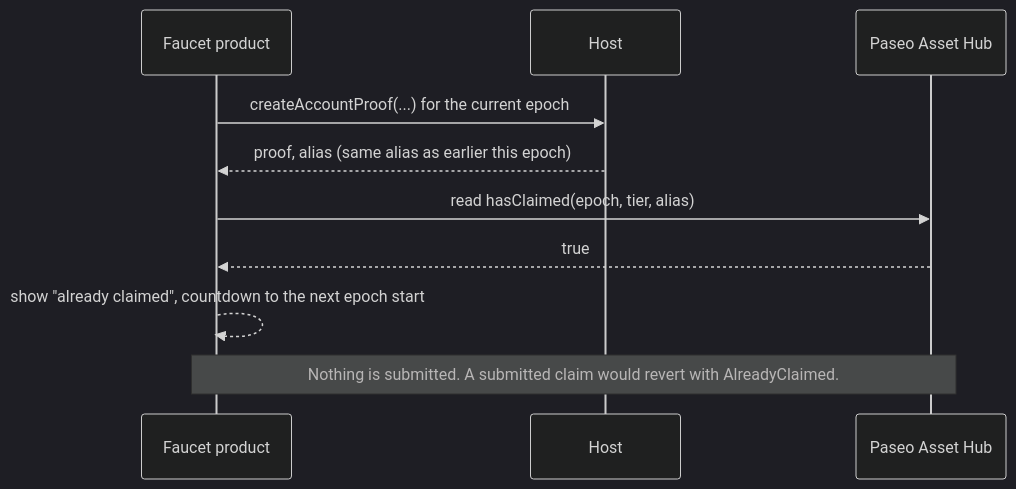
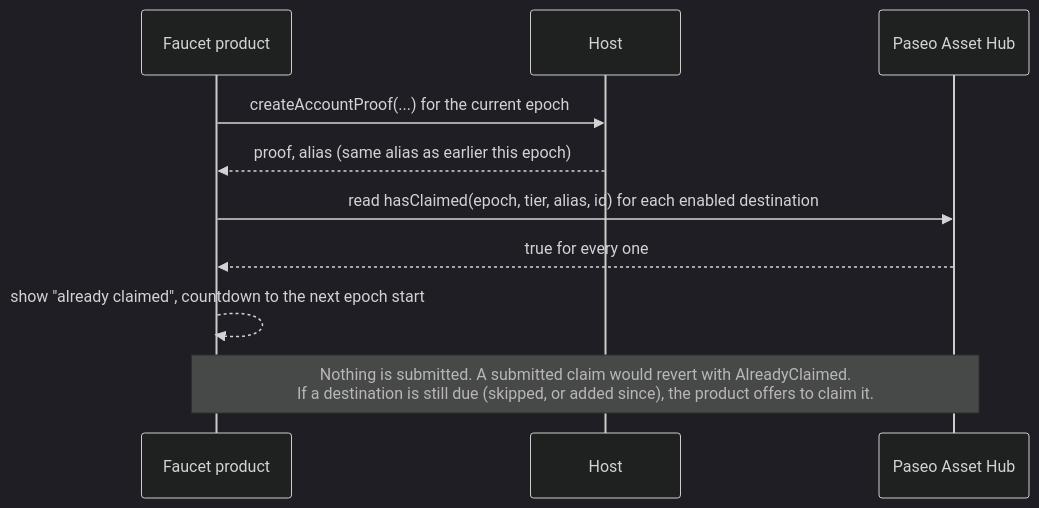
The third of 7 diagrams in docs/SPEC.md (paseo-network/paseo-faucet), drawn with Mermaid (dark theme) before and after one commit. The commit also changed other lines of this file and 2 other files, not shown here.

First line of the commit message:
docs: document the claim across destinations

````diff
--- a/docs/SPEC.md
+++ b/docs/SPEC.md
@@ -430,12 +433,12 @@
 ```mermaid
 sequenceDiagram
   participant P as Faucet product
   participant H as Host
   participant AH as Paseo Asset Hub
   P->>H: createAccountProof(...) for the current epoch
   H-->>P: proof, alias (same alias as earlier this epoch)
-  P->>AH: read hasClaimed(epoch, tier, alias)
-  AH-->>P: true
+  P->>AH: read hasClaimed(epoch, tier, alias, id) for each enabled destination
+  AH-->>P: true for every one
   P-->>P: show "already claimed", countdown to the next epoch start
-  Note over P,AH: Nothing is submitted. A submitted claim would revert with AlreadyClaimed.
+  Note over P,AH: Nothing is submitted. A submitted claim would revert with AlreadyClaimed.<br/>If a destination is still due (skipped, or added since), the product offers to claim it.
 ```
````
